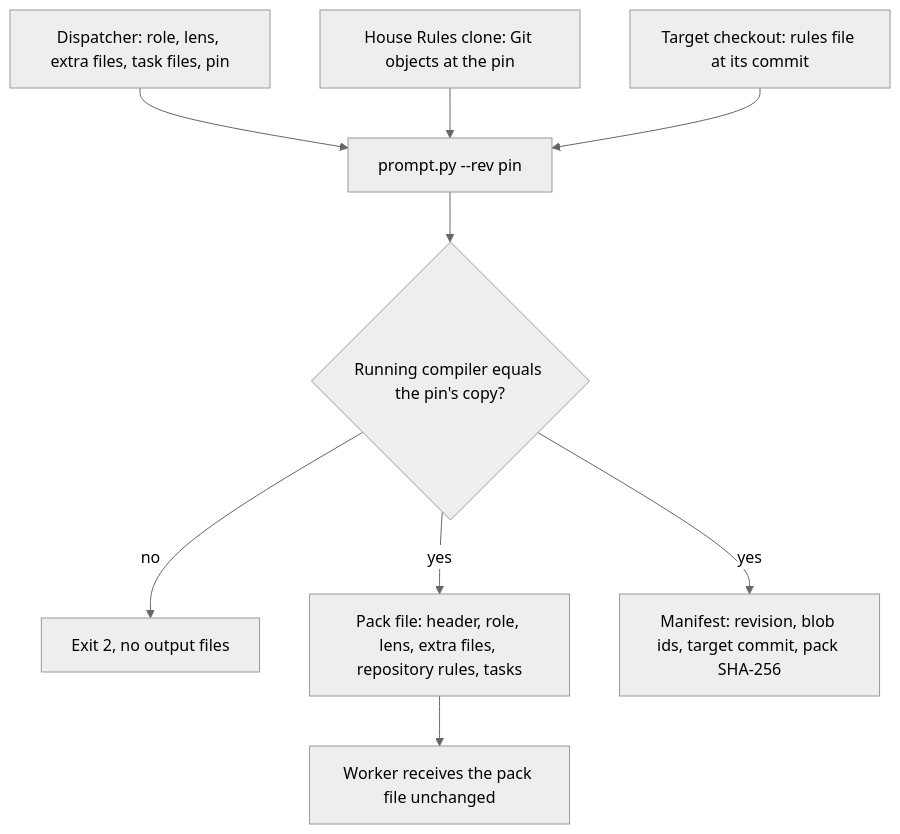
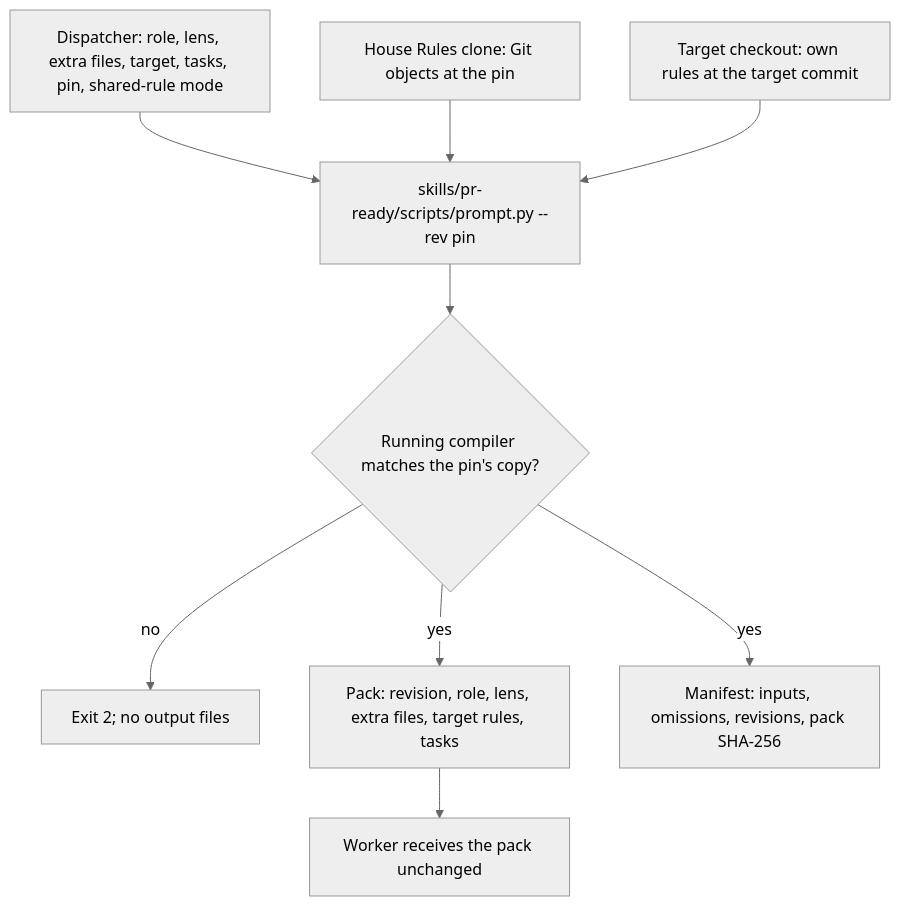
Before and after one commit to jak-pan/house-rules: the diagram in docs/design/77-one-step-pack-assembly.md, drawn with Mermaid (neutral theme). The commit also changed other lines of this file, not shown here.

Commit message:
docs(design): align pack assembly with operator decisions of 2026-10-07

````diff
--- a/docs/design/77-one-step-pack-assembly.md
+++ b/docs/design/77-one-step-pack-assembly.md
@@ -59,11 +47,11 @@
 ```mermaid
 flowchart TB
-  A["Dispatcher: role, lens, extra files, task files, pin"] --> C["prompt.py --rev pin"]
+  A["Dispatcher: role, lens, extra files, target, tasks, pin, shared-rule mode"] --> C["skills/pr-ready/scripts/prompt.py --rev pin"]
   G["House Rules clone: Git objects at the pin"] --> C
-  T["Target checkout: rules file at its commit"] --> C
-  C --> S{"Running compiler equals the pin's copy?"}
-  S -- no --> X["Exit 2, no output files"]
-  S -- yes --> P["Pack file: header, role, lens, extra files, repository rules, tasks"]
-  S -- yes --> M["Manifest: revision, blob ids, target commit, pack SHA-256"]
-  P --> W["Worker receives the pack file unchanged"]
+  T["Target checkout: own rules at the target commit"] --> C
+  C --> S{"Running compiler matches the pin's copy?"}
+  S -- no --> X["Exit 2; no output files"]
+  S -- yes --> P["Pack: revision, role, lens, extra files, target rules, tasks"]
+  S -- yes --> M["Manifest: inputs, omissions, revisions, pack SHA-256"]
+  P --> W["Worker receives the pack unchanged"]
 ```
````
